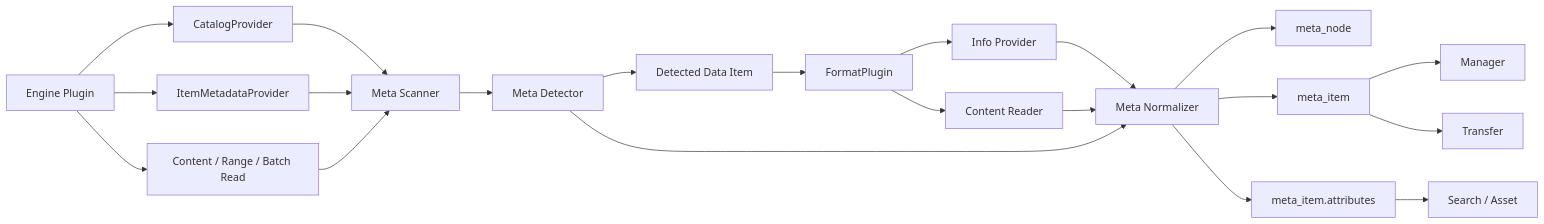
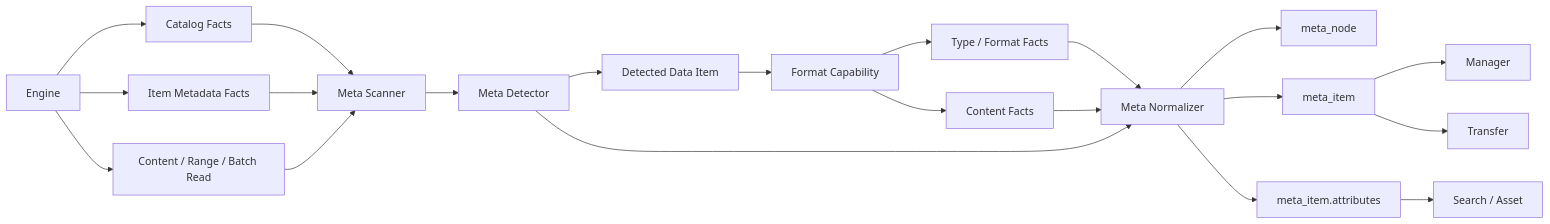
One commit to pampa0629/addp changed the first of 2 diagrams in docs/concepts/addp元数据体系图.md. Above: the diagram before and after it, drawn with Mermaid. The commit also changed other lines of this file and 39 other files, not shown here.

````diff
--- a/docs/concepts/addp元数据体系图.md
+++ b/docs/concepts/addp元数据体系图.md
@@ -37,29 +37,29 @@
 ```mermaid
 graph LR
-    Engine[Engine Plugin] --> Catalog[CatalogProvider]
-    Engine --> Metadata[ItemMetadataProvider]
-    Engine --> Read[Content / Range / Batch Read]
+    Engine["Engine"] --> Catalog["Catalog Facts"]
+    Engine --> Metadata["Item Metadata Facts"]
+    Engine --> Read["Content / Range / Batch Read"]
 
     Catalog --> Scanner[Meta Scanner]
     Metadata --> Scanner
     Read --> Scanner
 
     Scanner --> Detector[Meta Detector]
     Detector --> Item[Detected Data Item]
 
-    Item --> Format[FormatPlugin]
-    Format --> Info[Info Provider]
-    Format --> Reader[Content Reader]
+    Item --> Format["Format Capability"]
+    Format --> Info["Type / Format Facts"]
+    Format --> Reader["Content Facts"]
 
     Info --> Normalizer[Meta Normalizer]
     Detector --> Normalizer
     Reader --> Normalizer
 
     Normalizer --> NodeTable[meta_node]
     Normalizer --> ItemTable[meta_item]
-    Normalizer --> Attrs[meta_item.attributes]
+    Normalizer --> Attrs["meta_item.attributes"]
 
     Attrs --> Search[Search / Asset]
     ItemTable --> Manager[Manager]
     ItemTable --> Transfer[Transfer]
 ```
````
